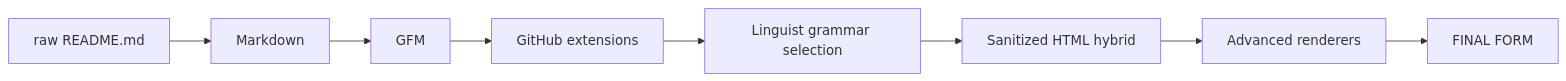
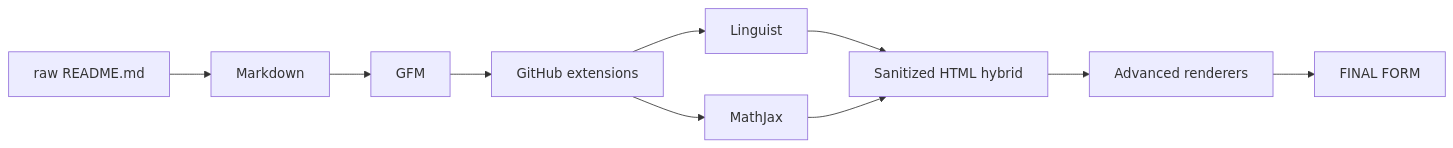
One commit to thiepn/markdown changed the first of 3 diagrams in README.md. Above: the diagram before and after it, drawn with Mermaid. The commit also changed other lines of this file, not shown here.

Commit message:
docs: build advanced MathJax mathematical showcase

````diff
--- a/README.md
+++ b/README.md
@@ -78,10 +78,12 @@
 ```mermaid
 flowchart LR
     A[raw README.md] --> B[Markdown]
     B --> C[GFM]
     C --> D[GitHub extensions]
-    D --> E[Linguist grammar selection]
-    E --> F[Sanitized HTML hybrid]
-    F --> G[Advanced renderers]
-    G --> H[FINAL FORM]
+    D --> E[Linguist]
+    D --> F[MathJax]
+    E --> G[Sanitized HTML hybrid]
+    F --> G
+    G --> H[Advanced renderers]
+    H --> I[FINAL FORM]
 ```
````
